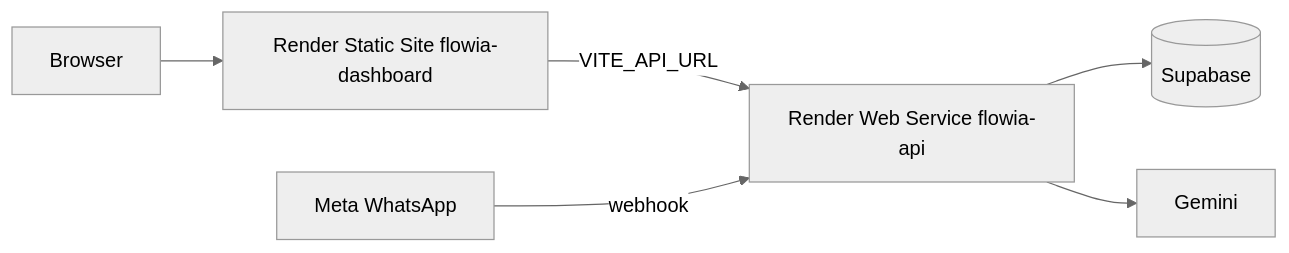
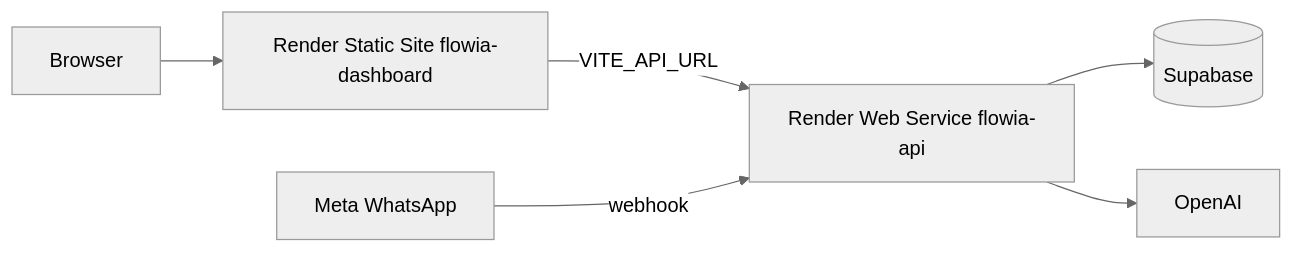
The second of 2 diagrams in docs/ARCHITECTURE.md (victorhayafuji/flowia-master-engine), drawn with Mermaid (neutral theme) before and after one commit. The commit also changed other lines of this file and 161 other files, not shown here.

````diff
--- a/docs/ARCHITECTURE.md
+++ b/docs/ARCHITECTURE.md
@@ -17,8 +17,8 @@
 ```mermaid
 flowchart LR
     User[Browser] --> StaticSite[Render Static Site flowia-dashboard]
     StaticSite -->|VITE_API_URL| WebService[Render Web Service flowia-api]
     WebService --> Supabase[(Supabase)]
-    WebService --> Gemini[Gemini]
+    WebService --> OpenAI[OpenAI]
     Meta[Meta WhatsApp] -->|webhook| WebService
 ```
````
